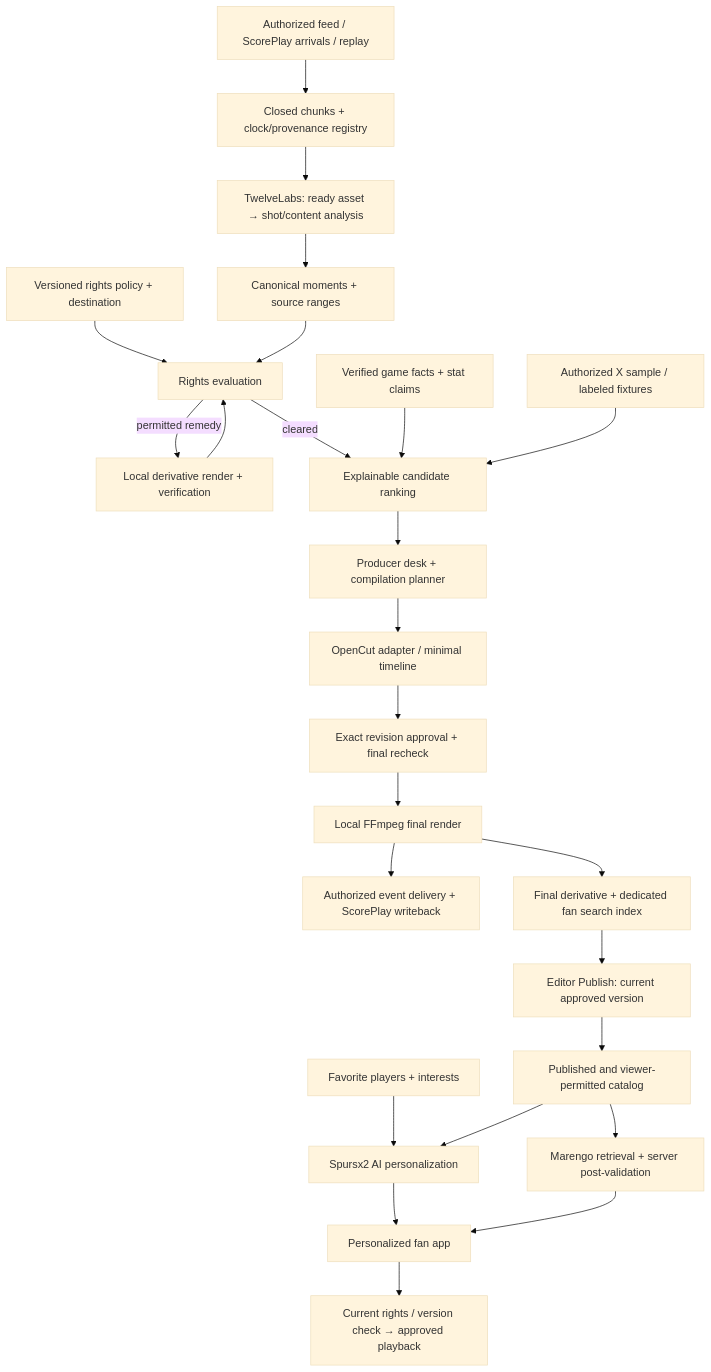
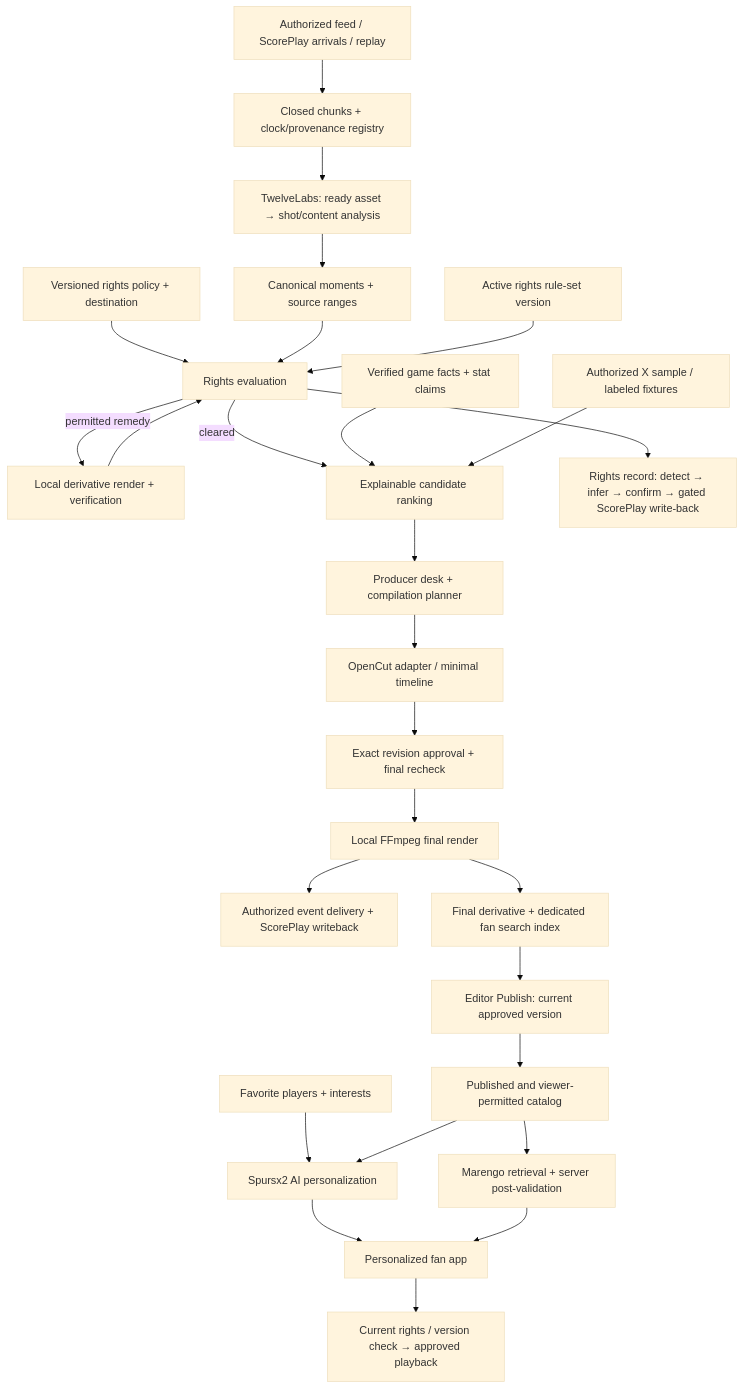
The diagram in design.md (PlayClout/spurs2-content-intelligence), drawn with Mermaid (base theme) before and after one commit. The commit also changed other lines of this file and 1 other file, not shown here.

Commit message:
docs: rights metadata stage (detect/infer/write-back) and configurable Rights Rules (B14b, A4.7-A4.11, B2.13-B2.16)

````diff
--- a/design.md
+++ b/design.md
@@ -294,27 +364,29 @@
 ```mermaid
 flowchart TB
   Feed[Authorized feed / ScorePlay arrivals / replay] --> Buffer[Closed chunks + clock/provenance registry]
   Buffer --> TL[TwelveLabs: ready asset → shot/content analysis]
   TL --> Candidates[Canonical moments + source ranges]
   Policy[Versioned rights policy + destination] --> Rights[Rights evaluation]
   Candidates --> Rights
   Rights -->|permitted remedy| Clean[Local derivative render + verification]
   Clean --> Rights
   Rights -->|cleared| Rank[Explainable candidate ranking]
+  RuleSet[Active rights rule-set version] --> Rights
+  Rights --> RMeta[Rights record: detect → infer → confirm → gated ScorePlay write-back]
   Facts[Verified game facts + stat claims] --> Rank
   Social[Authorized X sample / labeled fixtures] --> Rank
   Rank --> Desk[Producer desk + compilation planner]
   Desk --> Editor[OpenCut adapter / minimal timeline]
   Editor --> Gate[Exact revision approval + final recheck]
   Gate --> Render[Local FFmpeg final render]
   Render --> Delivery[Authorized event delivery + ScorePlay writeback]
   Render --> Prepared[Final derivative + dedicated fan search index]
   Prepared --> Publish[Editor Publish: current approved version]
   Publish --> Catalog[Published and viewer-permitted catalog]
   Profile[Favorite players + interests] --> FanRank[Spursx2 AI personalization]
   Catalog --> FanRank
   Catalog --> Search[Marengo retrieval + server post-validation]
   FanRank --> Fan[Personalized fan app]
   Search --> Fan
   Fan --> Play[Current rights / version check → approved playback]
 ```
````
